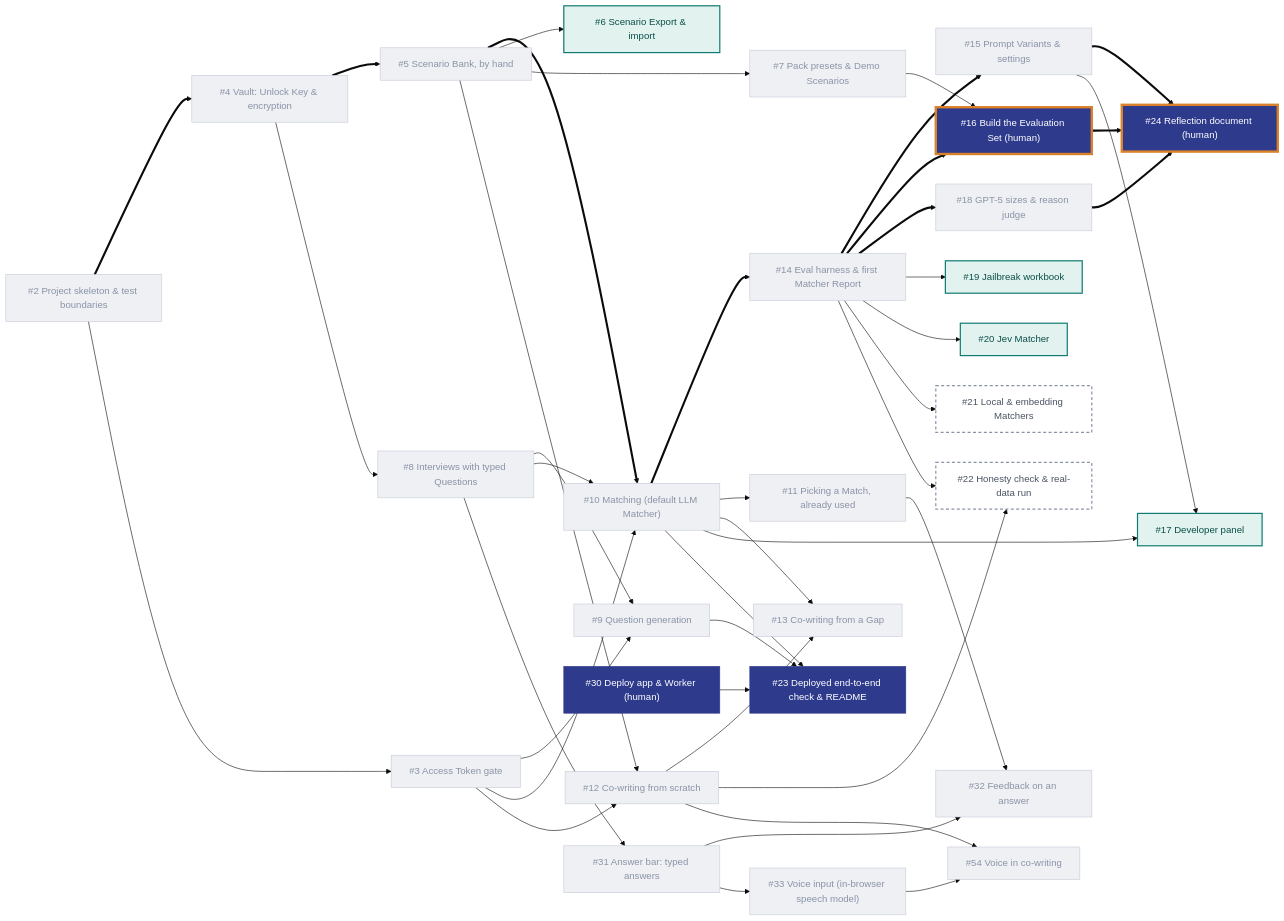
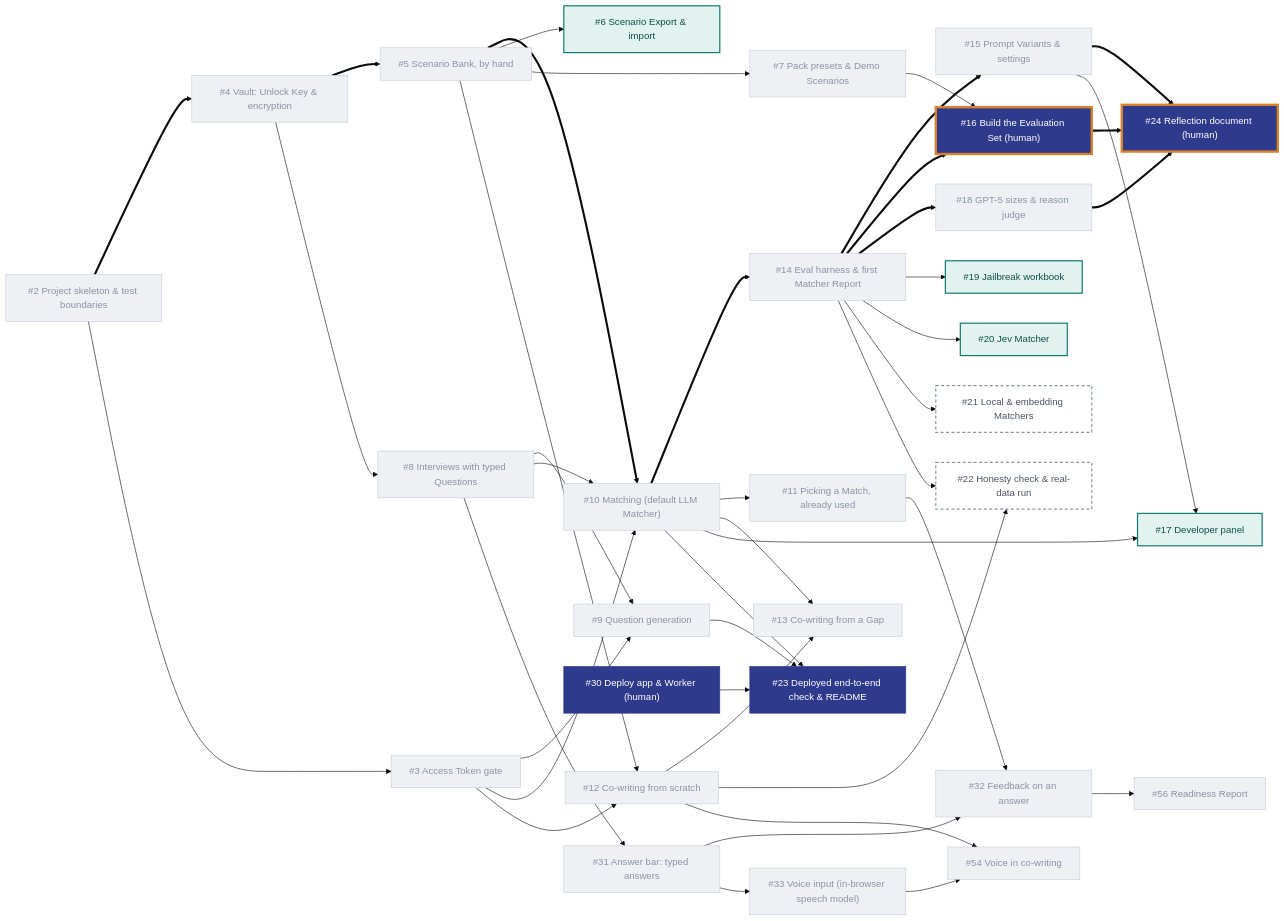
The diagram in README.md (DerykHopley/interview-helper), drawn with Mermaid (base theme) before and after one commit.

Commit message:
Add #56 to the README chart, done

````diff
--- a/README.md
+++ b/README.md
@@ -13,65 +13,67 @@
 ```mermaid
 flowchart LR
   T2["#2 Project skeleton & test boundaries"]
   T3["#3 Access Token gate"]
   T4["#4 Vault: Unlock Key & encryption"]
   T5["#5 Scenario Bank, by hand"]
   T6["#6 Scenario Export & import"]
   T7["#7 Pack presets & Demo Scenarios"]
   T8["#8 Interviews with typed Questions"]
   T9["#9 Question generation"]
   T10["#10 Matching (default LLM Matcher)"]
   T11["#11 Picking a Match, already used"]
   T12["#12 Co-writing from scratch"]
   T13["#13 Co-writing from a Gap"]
   T14["#14 Eval harness & first Matcher Report"]
   T15["#15 Prompt Variants & settings"]
   T16["#16 Build the Evaluation Set (human)"]
   T17["#17 Developer panel"]
   T18["#18 GPT-5 sizes & reason judge"]
   T19["#19 Jailbreak workbook"]
   T20["#20 Jev Matcher"]
   T21["#21 Local & embedding Matchers"]
   T22["#22 Honesty check & real-data run"]
   T23["#23 Deployed end-to-end check & README"]
   T24["#24 Reflection document (human)"]
   T30["#30 Deploy app & Worker (human)"]
   T31["#31 Answer bar: typed answers"]
   T32["#32 Feedback on an answer"]
   T33["#33 Voice input (in-browser speech model)"]
   T54["#54 Voice in co-writing"]
+  T56["#56 Readiness Report"]
 
   %% critical path (thick arrows)
   T2 ==> T4 ==> T5 ==> T10 ==> T14
   T14 ==> T15 ==> T24
   T14 ==> T16 ==> T24
   T14 ==> T18 ==> T24
 
   %% other dependencies
   T2 --> T3
   T3 --> T9 & T10 & T12
   T4 --> T8
   T5 --> T6 & T7 & T12
   T8 --> T9 & T10 & T31
   T10 --> T11 & T13 & T17
   T12 --> T13 & T22
   T7 --> T16
   T14 --> T19 & T20 & T21 & T22
   T15 --> T17
   T31 --> T32 & T33
   T12 & T33 --> T54
+  T32 --> T56
   T11 --> T32
   T30 & T9 & T10 --> T23
 
   classDef done fill:#EEF0F4,color:#8A93A6,stroke:#C5CAD6,stroke-width:1px
   classDef must fill:#2E3A8C,color:#fff,stroke:#2E3A8C
   classDef mustcrit fill:#2E3A8C,color:#fff,stroke:#D9822B,stroke-width:4px
   classDef should fill:#E2F2EF,color:#0B4F49,stroke:#0F7B72,stroke-width:2px
   classDef could fill:#fff,color:#4A5263,stroke:#8A93A6,stroke-width:2px,stroke-dasharray:5 4
 
-  class T2,T3,T4,T5,T7,T8,T9,T10,T11,T12,T13,T14,T15,T18,T31,T32,T33,T54 done
+  class T2,T3,T4,T5,T7,T8,T9,T10,T11,T12,T13,T14,T15,T18,T31,T32,T33,T54,T56 done
   class T16,T24 mustcrit
   class T23,T30 must
   class T6,T17,T19,T20 should
   class T21,T22 could
 ```
````
